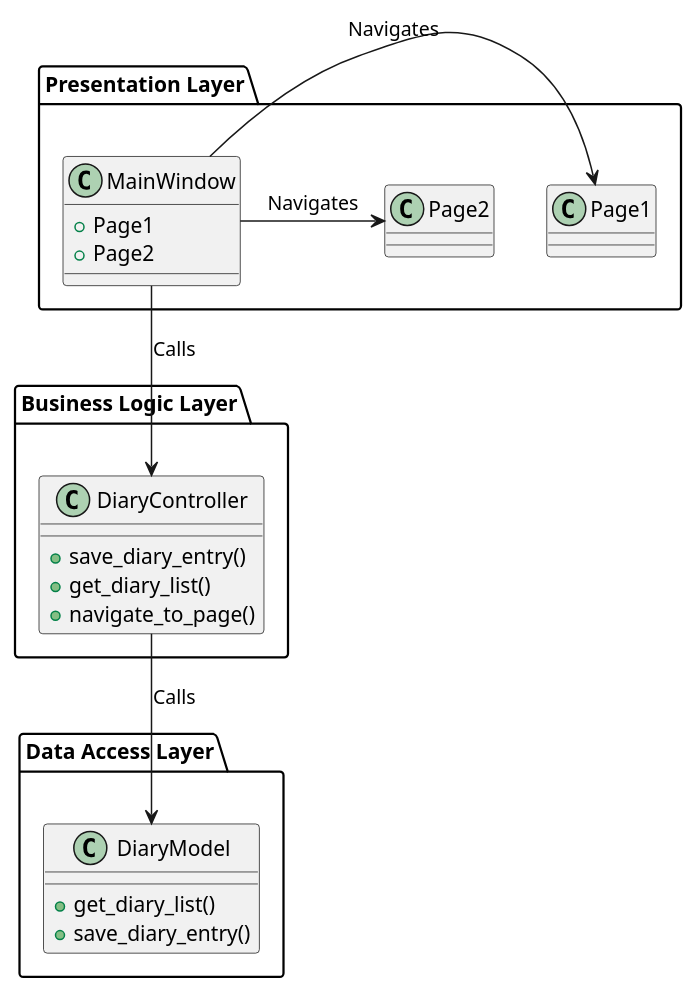
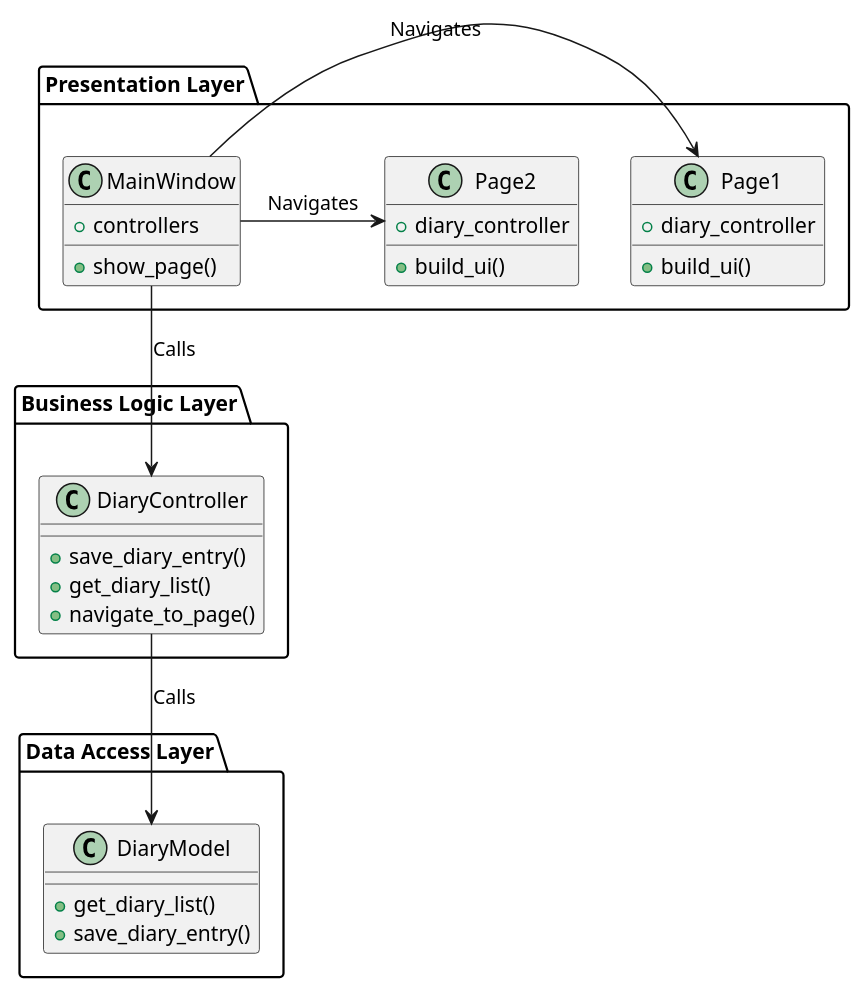
Before and after one commit to homan05872/Template_customtkinter_mvc: the diagram in 設計/architecture.pu, drawn with PlantUML. The commit also changed 3 other files, not shown here.

```diff
--- a/設計/architecture.pu
+++ b/設計/architecture.pu
@@ -1,34 +1,40 @@
 @startuml name
 
 package "Presentation Layer" {
     class MainWindow {
-        + Page1
-        + Page2
+        + controllers
+        + show_page()
     }
 
-    class Page1
-    class Page2
+    class Page1 {
+        + diary_controller
+        + build_ui()
+    }
+    class Page2 {
+        + diary_controller
+        + build_ui()
+    }
 }
 
 package "Business Logic Layer" {
     class DiaryController {
         + save_diary_entry()
         + get_diary_list()
         + navigate_to_page()
     }
 }
 
 package "Data Access Layer" {
     class DiaryModel {
         + get_diary_list()
         + save_diary_entry()
     }
 }
 
 MainWindow --> DiaryController : "Calls"
 DiaryController --> DiaryModel : "Calls"
 
 MainWindow -> Page1 : "Navigates"
 MainWindow -> Page2 : "Navigates"
 
 @enduml
```
